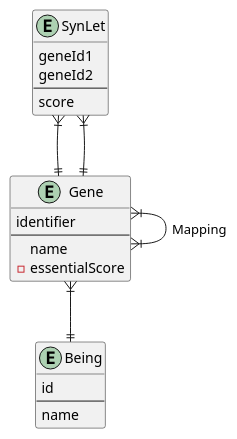
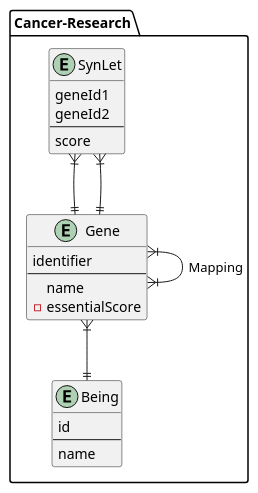
One commit to aichingert/dbi-cancer-research changed the diagram in asciidocs/plantuml/cancer.puml. Above: the diagram before and after it, drawn with PlantUML.

```diff
--- a/asciidocs/plantuml/cancer.puml
+++ b/asciidocs/plantuml/cancer.puml
@@ -1,24 +1,26 @@
 @startuml
-Entity Gene {
-  identifier
-  --
-  name
-  - essentialScore
+package "Cancer-Research" {
+  Entity Gene {
+    identifier
+    --
+    name
+    - essentialScore
+  }
+  Entity SynLet {
+    geneId1
+    geneId2
+    --
+    score
+  }
+  Entity Being {
+    id
+    --
+    name
+  }
+  
+  Gene }|--|| Being
+  SynLet }|--|| Gene
+  SynLet }|--|| Gene
+  Gene }|--|{ Gene : Mapping
 }
-Entity SynLet {
-  geneId1
-  geneId2
-  --
-  score
-}
-Entity Being {
-  id
-  --
-  name
-}
-
-Gene }|--|| Being
-SynLet }|--|| Gene
-SynLet }|--|| Gene
-Gene }|--|{ Gene : Mapping
 @enduml
```
